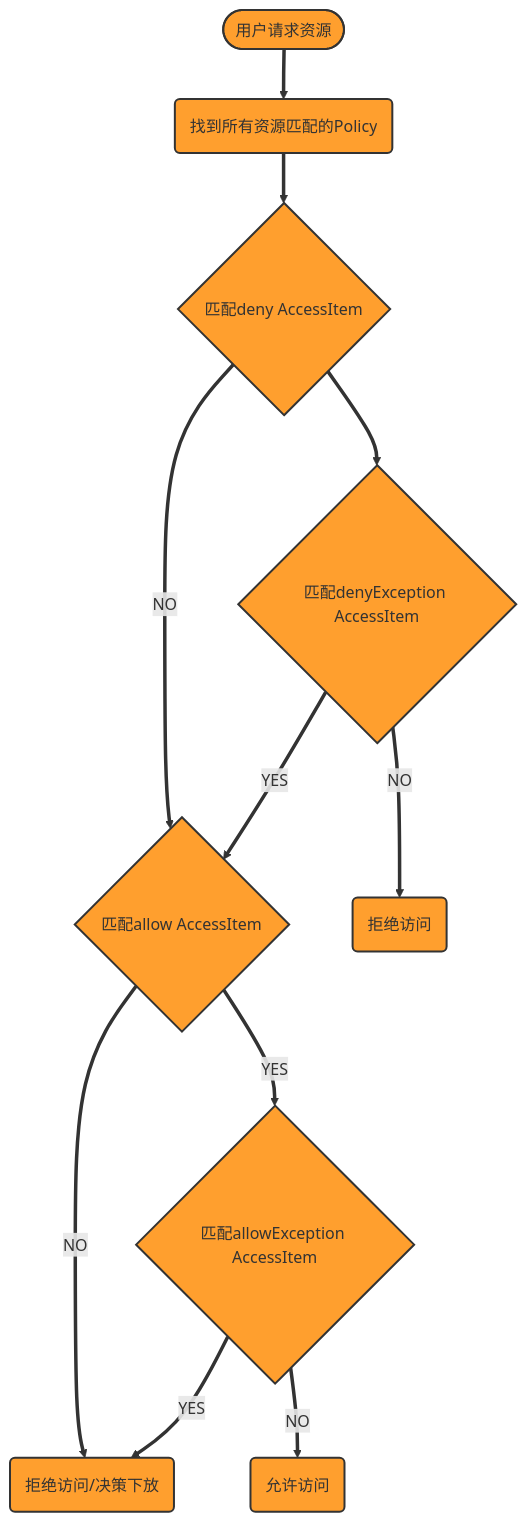
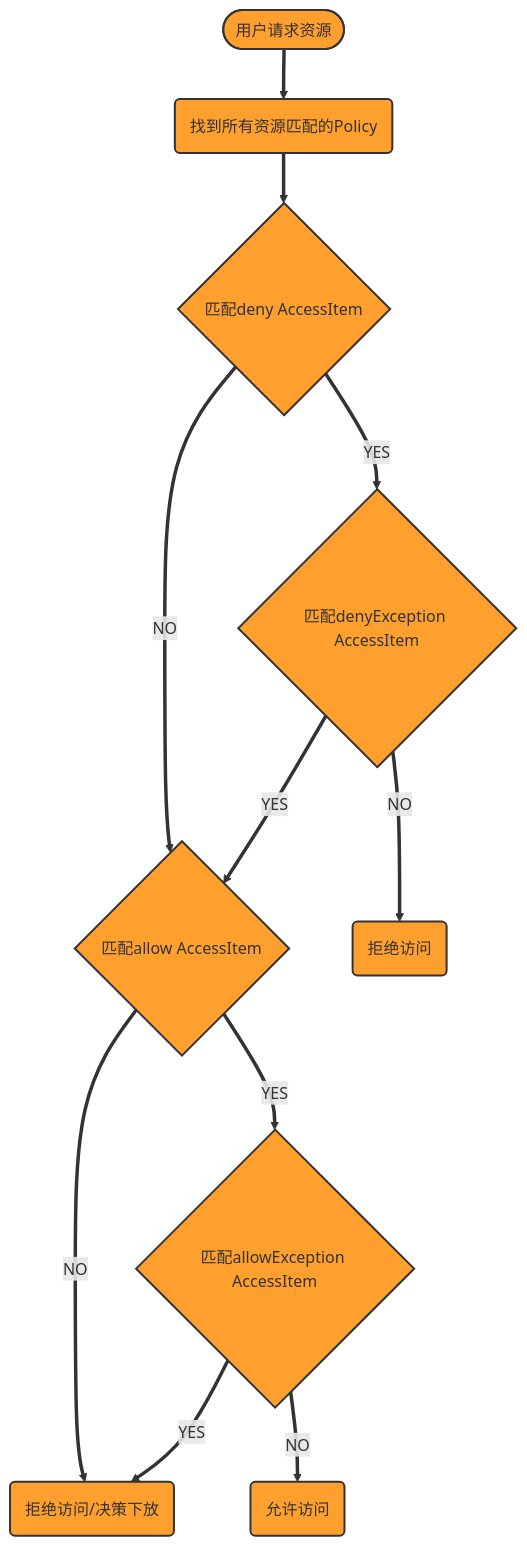
One commit to cftang/paddle-test changed the diagram in chart.md. Above: the diagram before and after it, drawn with Mermaid.

````diff
--- a/chart.md
+++ b/chart.md
@@ -1,25 +1,25 @@
 ```mermaid
 graph TD
    A([用户请求资源])
  ==> B(找到所有资源匹配的Policy)
 ==> C{匹配deny AccessItem} == NO ==> F{匹配allow AccessItem}
 
-C ==> D{匹配denyException AccessItem} == NO ==> E(拒绝访问)
+C == YES ==> D{匹配denyException AccessItem} == NO ==> E(拒绝访问)
 
 D == YES ==> F == NO ==> G(拒绝访问/决策下放)
 
 F ==YES ==> I{匹配allowException AccessItem} == YES ==>G
 
 I == NO  ==> H(允许访问) 
 
 	style A fill:#ff9f2e, stroke: #333, stroke-width: 2px;
 	style B fill:#ff9f2e, stroke: #333, stroke-width: 2px;
 	style C fill:#ff9f2e, stroke: #333, stroke-width: 2px;
 	style D fill:#ff9f2e, stroke: #333, stroke-width: 2px;
 	style E fill:#ff9f2e, stroke: #333, stroke-width: 2px;
 	style F fill:#ff9f2e, stroke: #333, stroke-width: 2px;
 	style G fill:#ff9f2e, stroke: #333, stroke-width: 2px;
 	style H fill:#ff9f2e, stroke: #333, stroke-width: 2px;
 	style I fill:#ff9f2e, stroke: #333, stroke-width: 2px;
 	
 ```
````
